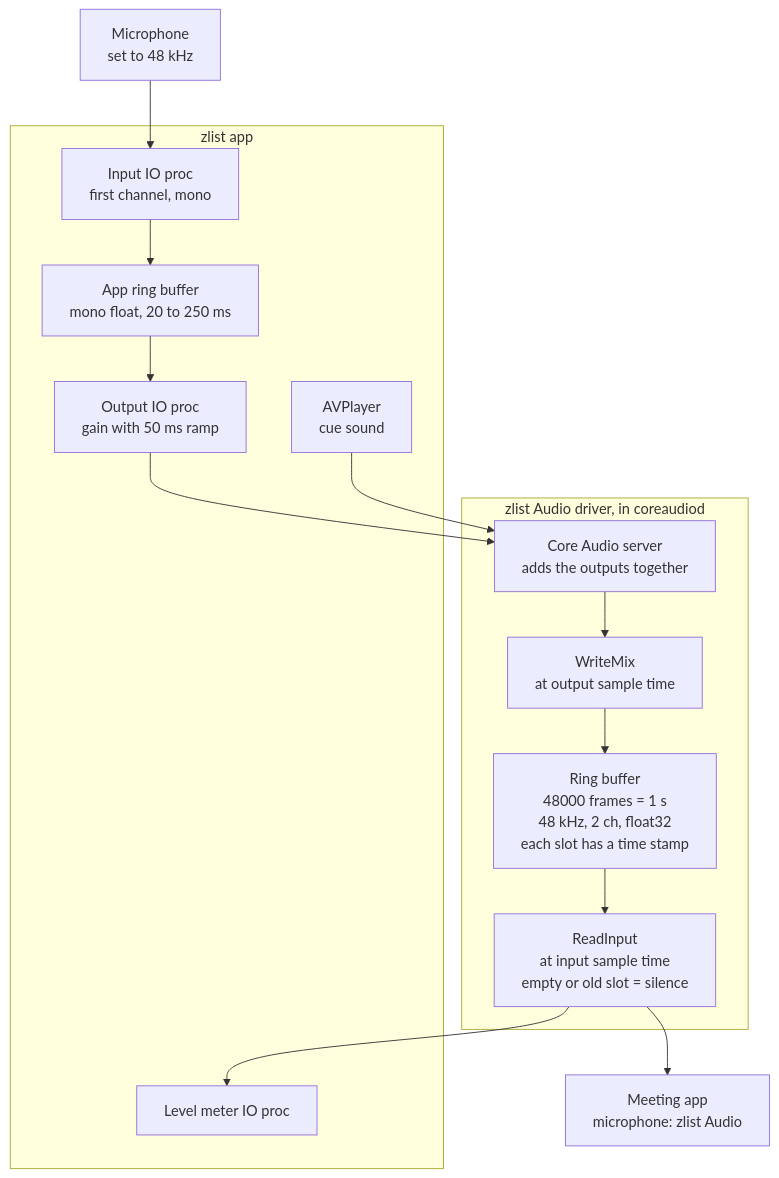
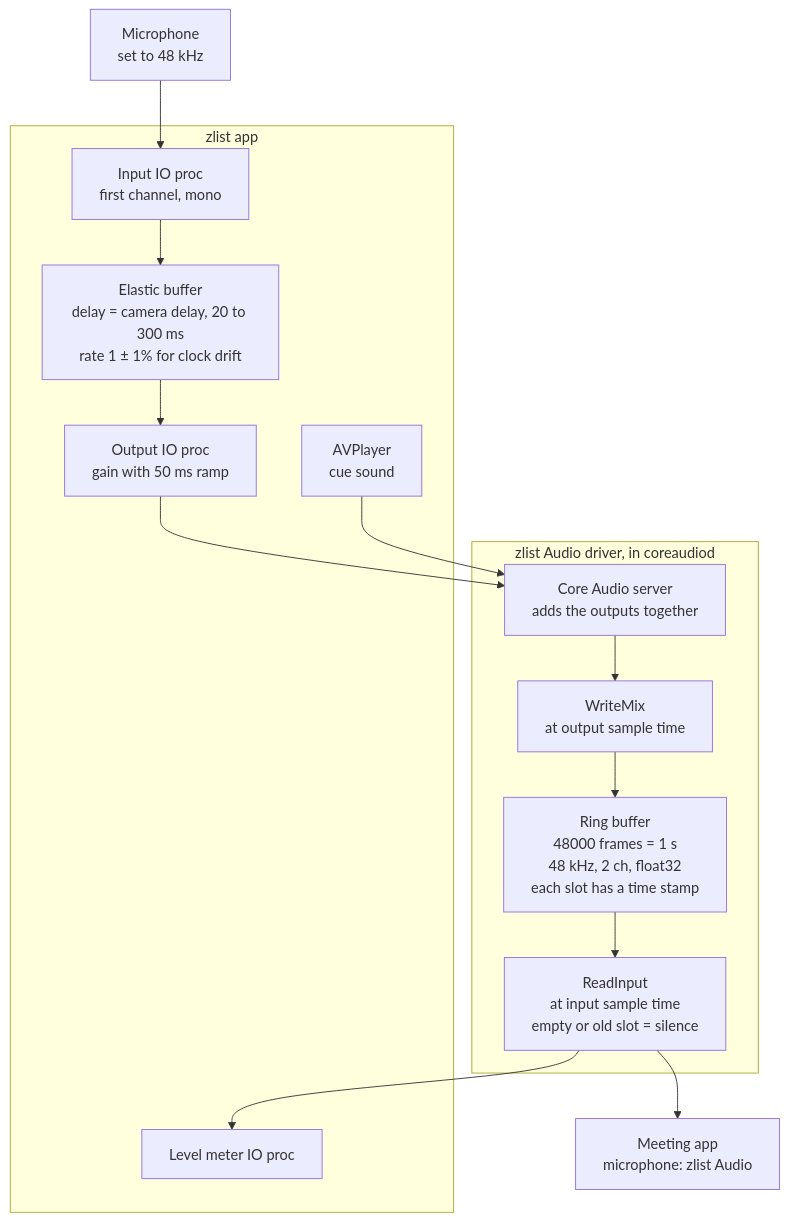
One commit to kindlyops/zlist-releases changed the second of 4 diagrams in README.md. Above: the diagram before and after it, drawn with Mermaid. The commit also changed other lines of this file, not shown here.

````diff
--- a/README.md
+++ b/README.md
@@ -209,23 +224,23 @@
 ```mermaid
 flowchart TB
     mic["Microphone<br/>set to 48 kHz"] --> inproc["Input IO proc<br/>first channel, mono"]
 
     subgraph app["zlist app"]
-        inproc --> appring["App ring buffer<br/>mono float, 20 to 250 ms"]
+        inproc --> appring["Elastic buffer<br/>delay = camera delay, 20 to 300 ms<br/>rate 1 ± 1% for clock drift"]
         appring --> outproc["Output IO proc<br/>gain with 50 ms ramp"]
         player["AVPlayer<br/>cue sound"]
         tap["Level meter IO proc"]
     end
 
     outproc --> hal["Core Audio server<br/>adds the outputs together"]
     player --> hal
 
     subgraph driver["zlist Audio driver, in coreaudiod"]
         hal --> write["WriteMix<br/>at output sample time"]
         write --> ring["Ring buffer<br/>48000 frames = 1 s<br/>48 kHz, 2 ch, float32<br/>each slot has a time stamp"]
         ring --> read["ReadInput<br/>at input sample time<br/>empty or old slot = silence"]
     end
 
     read --> zoom["Meeting app<br/>microphone: zlist Audio"]
     read --> tap
 ```
````
